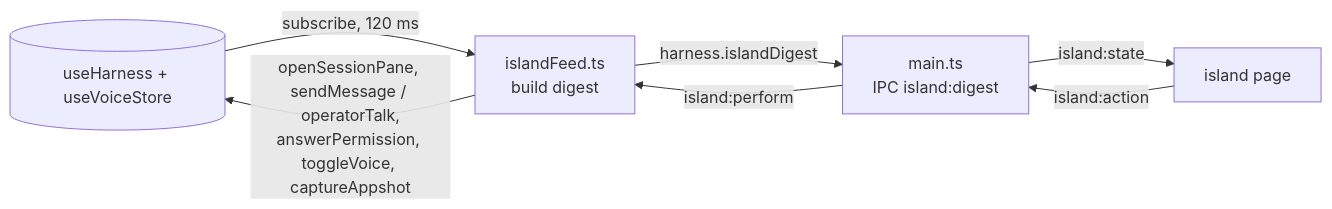
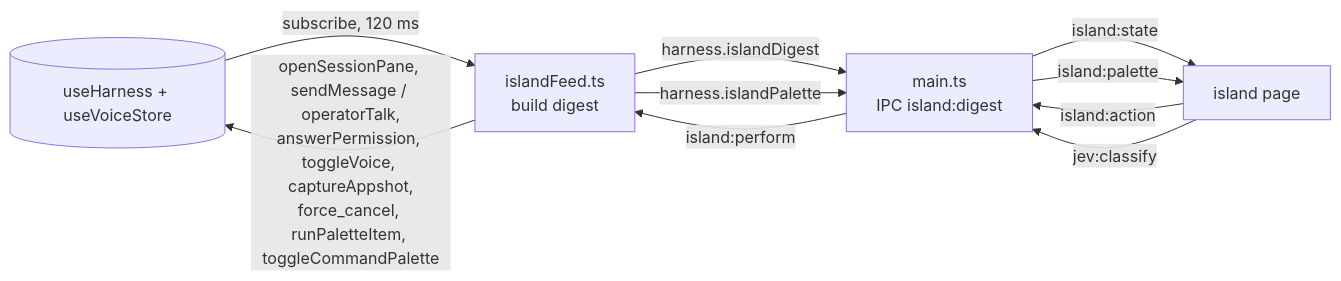
One commit to sohamshah/freyja changed the diagram in docs/ISLAND.md. Above: the diagram before and after it, drawn with Mermaid. The commit also changed other lines of this file and 28 other files, not shown here.

````diff
--- a/docs/ISLAND.md
+++ b/docs/ISLAND.md
@@ -50,9 +53,12 @@
 ```mermaid
 flowchart LR
   store[(useHarness + useVoiceStore)] -->|subscribe, 120 ms| feed[islandFeed.ts<br/>build digest]
   feed -->|harness.islandDigest| main[main.ts<br/>IPC island:digest]
   main -->|island:state| page[island page]
   page -->|island:action| main
   main -->|island:perform| feed
-  feed -->|openSessionPane, sendMessage / operatorTalk,<br/>answerPermission, toggleVoice, captureAppshot| store
+  feed -->|openSessionPane, sendMessage / operatorTalk,<br/>answerPermission, toggleVoice, captureAppshot,<br/>force_cancel, runPaletteItem, toggleCommandPalette| store
+  feed -->|harness.islandPalette| main
+  main -->|island:palette| page
+  page -->|jev:classify| main
 ```
````
